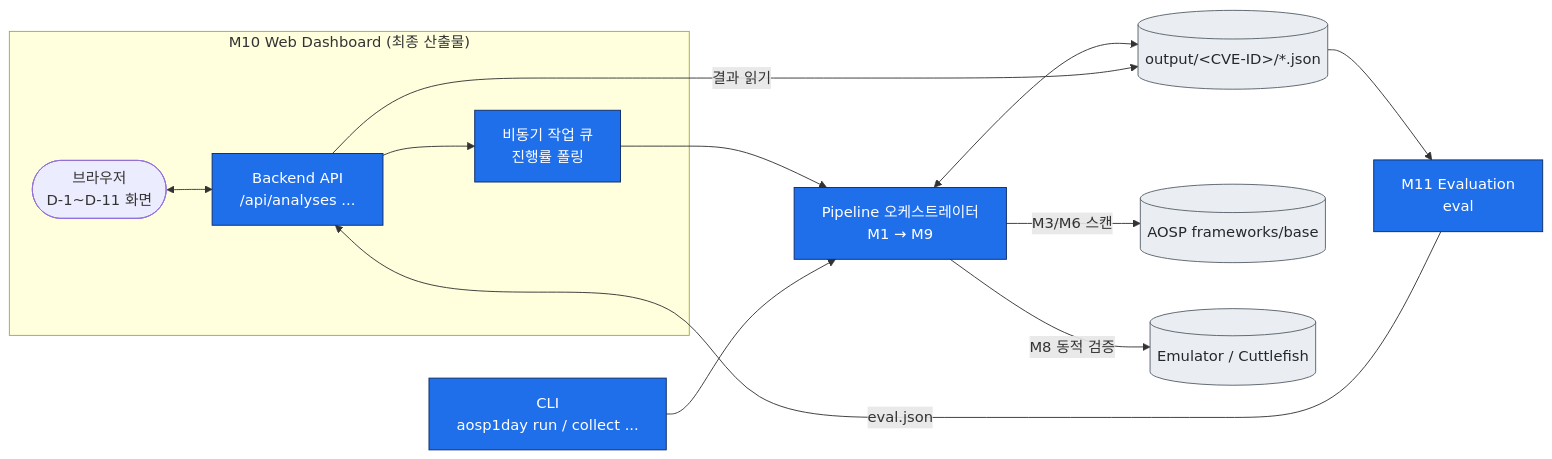
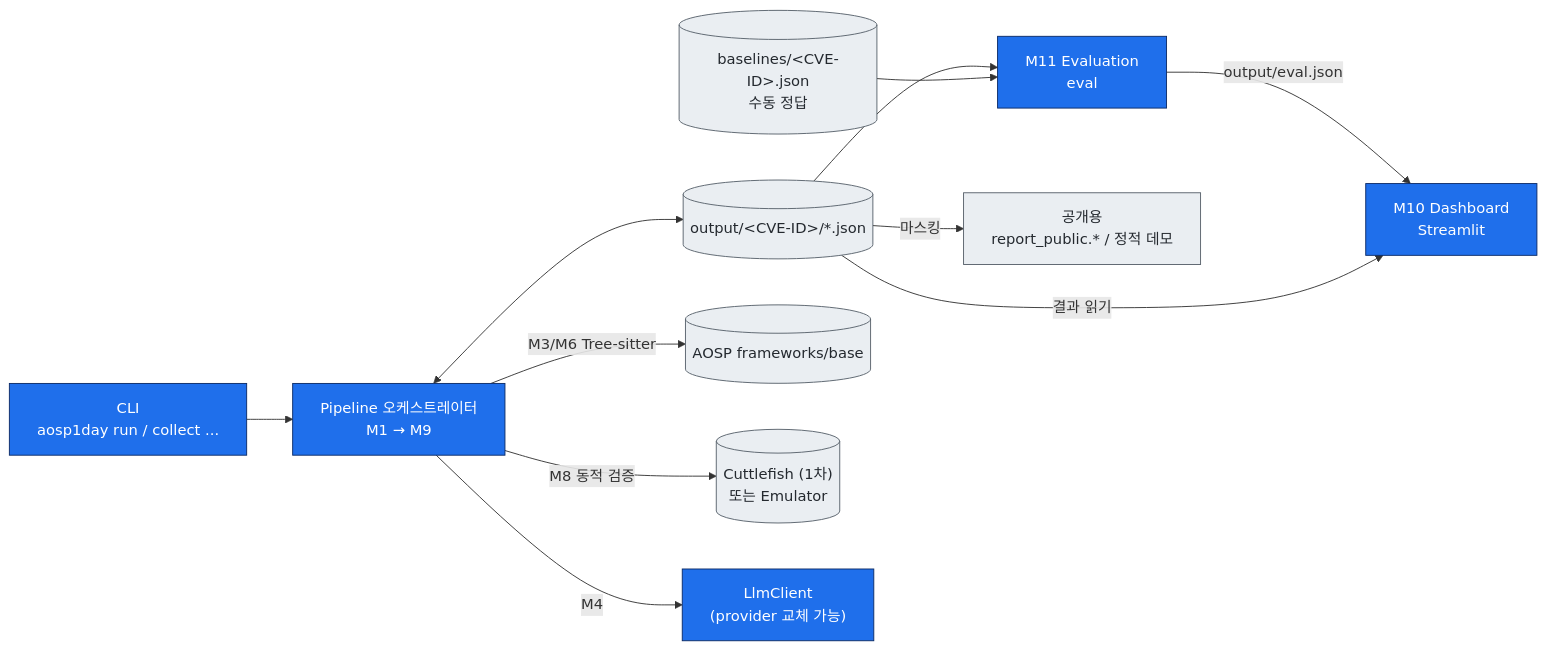
The second of 3 diagrams in docs/architecture.md (meonjalgwi/aosp-1day-pipeline), drawn with Mermaid before and after one commit. The commit also changed other lines of this file and 28 other files, not shown here.

First line of the commit message:
feat(schemas): add provenance (CodeRef/meta) and fill thin data contracts

````diff
--- a/docs/architecture.md
+++ b/docs/architecture.md
@@ -50,31 +57,29 @@
 ```mermaid
 flowchart LR
-    subgraph FE["M10 Web Dashboard (최종 산출물)"]
-        BROWSER([브라우저<br/>D-1~D-11 화면])
-        API["Backend API<br/>/api/analyses ..."]
-        JOBS["비동기 작업 큐<br/>진행률 폴링"]
-    end
-
     CLI["CLI<br/>aosp1day run / collect ..."]
     PIPE["Pipeline 오케스트레이터<br/>M1 → M9"]
     STORE[("output/&lt;CVE-ID&gt;/*.json")]
+    BASE[("baselines/&lt;CVE-ID&gt;.json<br/>수동 정답")]
     AOSP[("AOSP frameworks/base")]
-    EMU[("Emulator / Cuttlefish")]
+    DEV[("Cuttlefish (1차)<br/>또는 Emulator")]
+    LLM["LlmClient<br/>(provider 교체 가능)"]
     M11["M11 Evaluation<br/>eval"]
+    DASH["M10 Dashboard<br/>Streamlit"]
+    PUB["공개용<br/>report_public.* / 정적 데모"]
 
-    BROWSER <--> API
-    API --> JOBS
-    JOBS --> PIPE
     CLI --> PIPE
     PIPE <--> STORE
-    PIPE -- "M3/M6 스캔" --> AOSP
-    PIPE -- "M8 동적 검증" --> EMU
-    API -- 결과 읽기 --> STORE
+    PIPE -- "M3/M6 Tree-sitter" --> AOSP
+    PIPE -- "M4" --> LLM
+    PIPE -- "M8 동적 검증" --> DEV
     STORE --> M11
-    M11 -- eval.json --> API
+    BASE --> M11
+    M11 -- "output/eval.json" --> DASH
+    STORE -- 결과 읽기 --> DASH
+    STORE -- 마스킹 --> PUB
 
     classDef svc fill:#1f6feb,stroke:#0b2a66,color:#fff;
     classDef data fill:#eaeef2,stroke:#57606a,color:#24292f;
-    class API,JOBS,PIPE,CLI,M11 svc;
-    class STORE,AOSP,EMU data;
+    class PIPE,CLI,M11,DASH,LLM svc;
+    class STORE,BASE,AOSP,DEV,PUB data;
 ```
````
